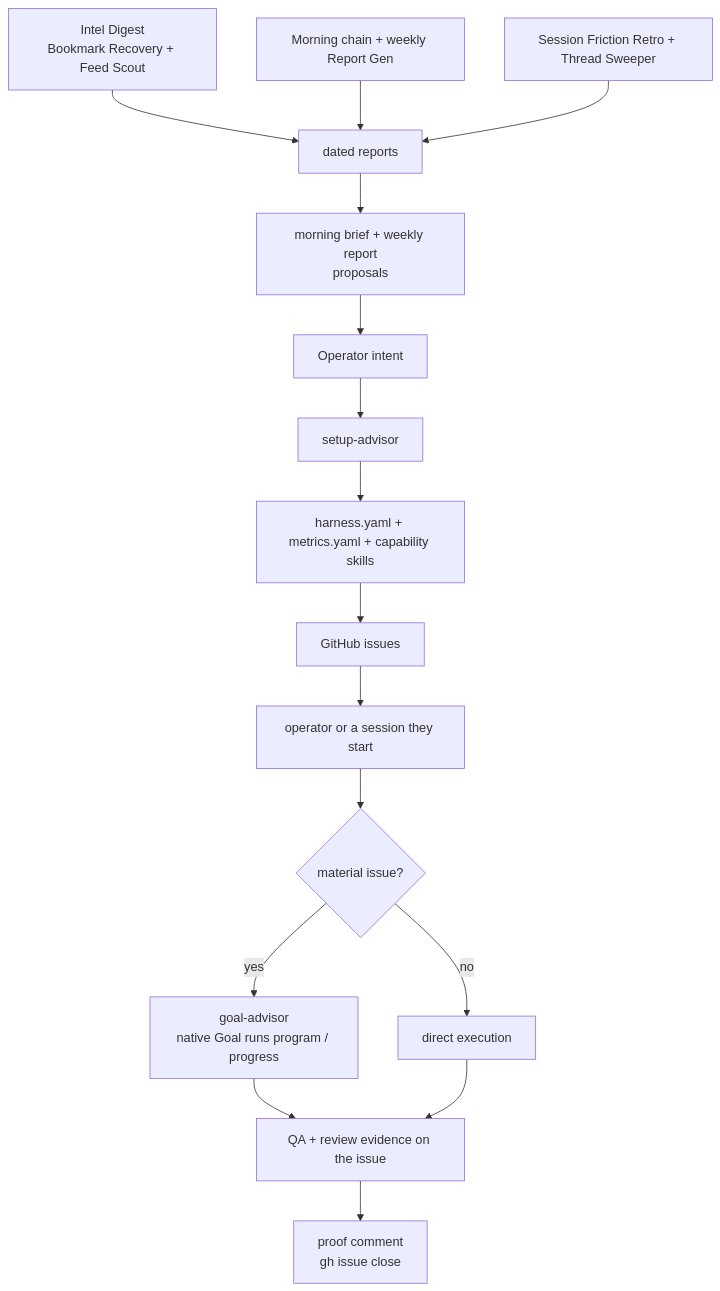
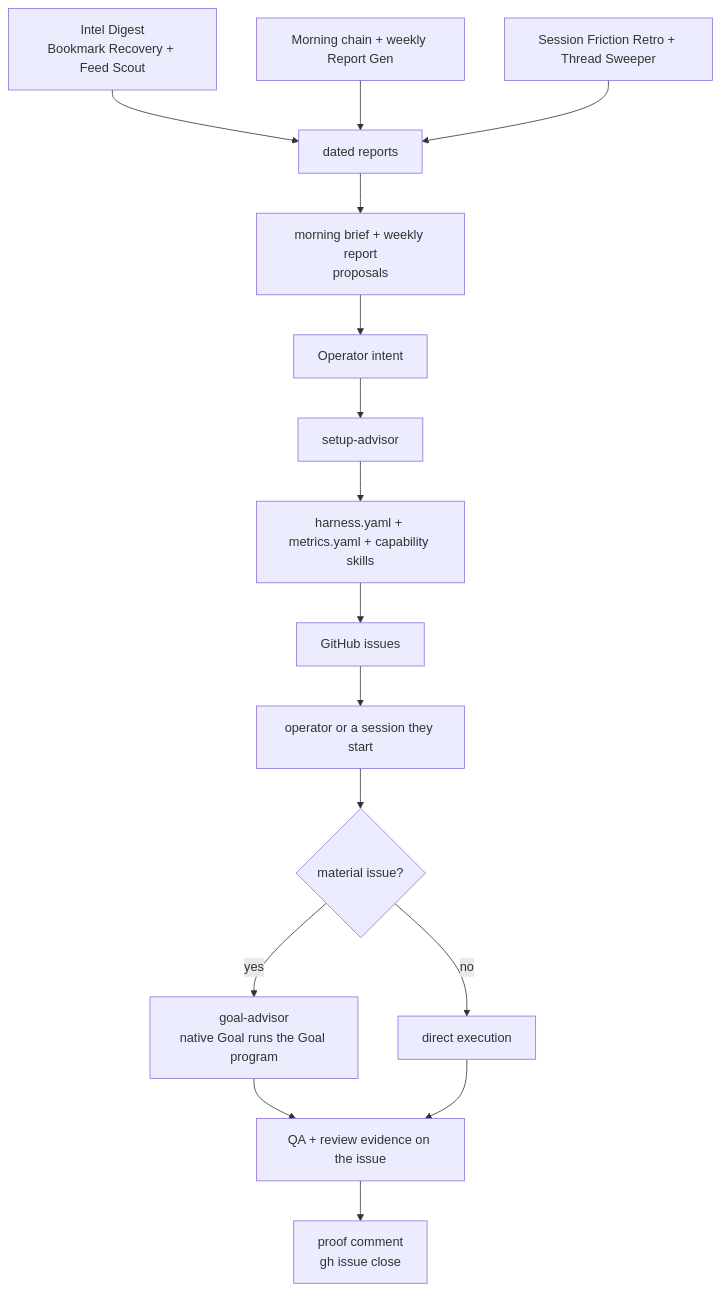
One commit to ZanarkandTechnologies/Farplane changed the diagram in docs/guides/work-loop.md. Above: the diagram before and after it, drawn with Mermaid. The commit also changed other lines of this file and 4 other files, not shown here.

````diff
--- a/docs/guides/work-loop.md
+++ b/docs/guides/work-loop.md
@@ -48,19 +48,19 @@
 ```mermaid
 flowchart TD
   A["Operator intent"] --> B["setup-advisor"]
   B --> C["harness.yaml + metrics.yaml + capability skills"]
   C --> D["GitHub issues"]
   D --> E["operator or a session they start"]
   E --> F{"material issue?"}
-  F -->|yes| G["goal-advisor<br/>native Goal runs program / progress"]
+  F -->|yes| G["goal-advisor<br/>native Goal runs the Goal program"]
   F -->|no| H["direct execution"]
   G --> I["QA + review evidence on the issue"]
   H --> I
   I --> J["proof comment<br/>gh issue close"]
 
   K["Intel Digest<br/>Bookmark Recovery + Feed Scout"] --> O["dated reports"]
   L["Morning chain + weekly Report Gen"] --> O
   M["Session Friction Retro + Thread Sweeper"] --> O
   O --> P["morning brief + weekly report<br/>proposals"]
   P --> A
 ```
````
